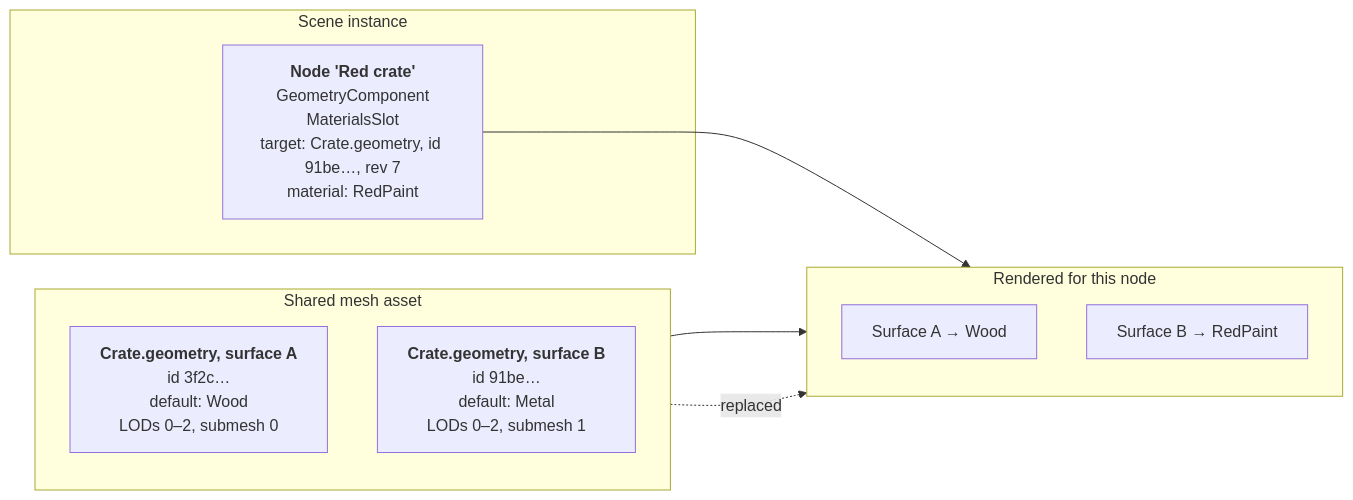
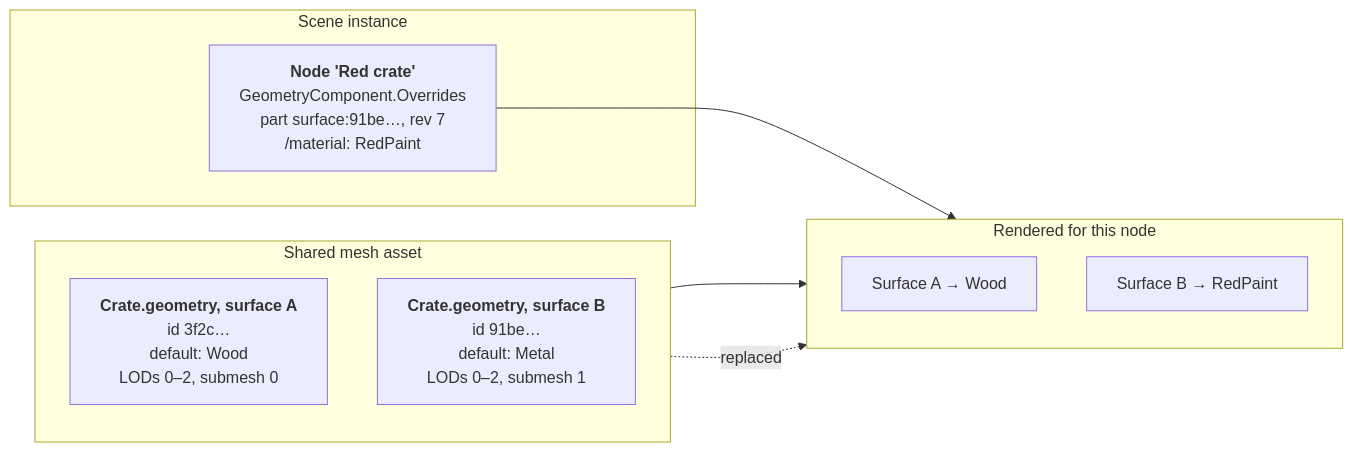
Before and after one commit to abdes/DroidNet: the fourth of 6 diagrams in projects/Oxygen.Editor.World/README.md, drawn with Mermaid. The commit also changed other lines of this file and 203 other files, not shown here.

````diff
--- a/projects/Oxygen.Editor.World/README.md
+++ b/projects/Oxygen.Editor.World/README.md
@@ -282,22 +304,22 @@
 ```mermaid
 flowchart LR
     subgraph asset["Shared mesh asset"]
         direction TB
         a1["<b>Crate.geometry, surface A</b><br/>id 3f2c…<br/>default: Wood<br/>LODs 0–2, submesh 0"]
         a2["<b>Crate.geometry, surface B</b><br/>id 91be…<br/>default: Metal<br/>LODs 0–2, submesh 1"]
     end
 
     subgraph instance["Scene instance"]
-        o2["<b>Node 'Red crate'</b><br/>GeometryComponent<br/>MaterialsSlot<br/>target: Crate.geometry, id 91be…, rev 7<br/>material: RedPaint"]
+        o2["<b>Node 'Red crate'</b><br/>GeometryComponent.Overrides<br/>part surface:91be…, rev 7<br/>/material: RedPaint"]
     end
 
     subgraph result["Rendered for this node"]
         direction TB
         r1["Surface A → Wood"]
         r2["Surface B → RedPaint"]
     end
 
     a1 --> r1
     a2 -. "replaced" .-> r2
     o2 --> r2
 ```
````
